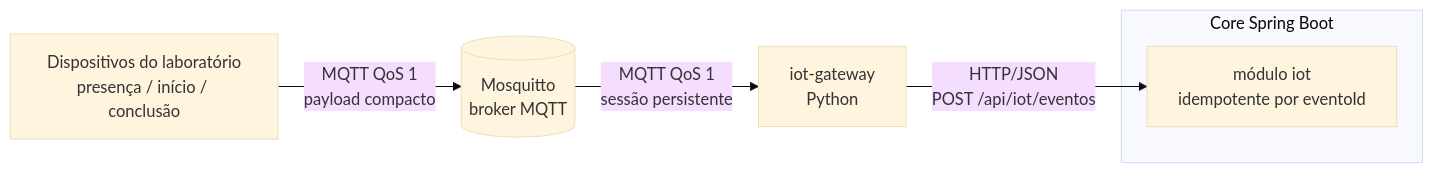
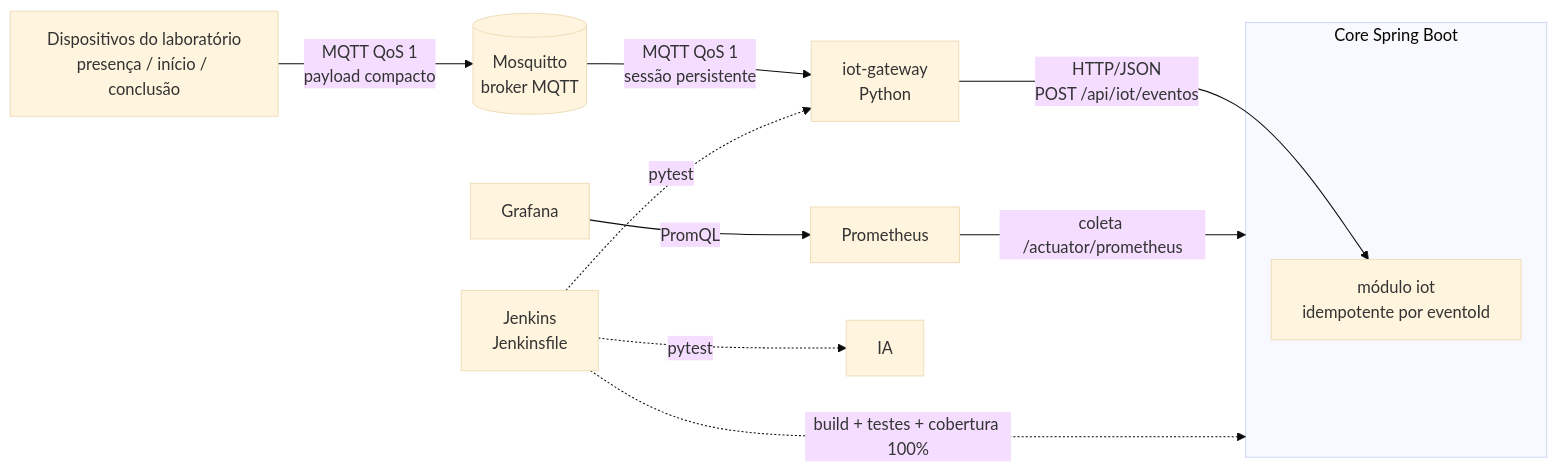
Before and after one commit to FernandaCasali/Grupo_4_GameEducator: the sixth of 10 diagrams in docs/arquitetura/README.md, drawn with Mermaid (base theme). The commit also changed other lines of this file and 1 other file, not shown here.

````diff
--- a/docs/arquitetura/README.md
+++ b/docs/arquitetura/README.md
@@ -603,12 +607,17 @@
 ```mermaid
 flowchart LR
     DISP[Dispositivos do laboratório<br/>presença / início / conclusão]
     BROKER[(Mosquitto<br/>broker MQTT)]
     GW[iot-gateway<br/>Python]
     subgraph CORE[Core Spring Boot]
         IOT[módulo iot<br/>idempotente por eventoId]
     end
     DISP -- "MQTT QoS 1<br/>payload compacto" --> BROKER
     BROKER -- "MQTT QoS 1<br/>sessão persistente" --> GW
     GW -- "HTTP/JSON<br/>POST /api/iot/eventos" --> IOT
+    PROM[Prometheus] -->|coleta /actuator/prometheus| CORE
+    GRAF[Grafana] -->|PromQL| PROM
+    JEN[Jenkins<br/>Jenkinsfile] -.->|build + testes + cobertura 100%| CORE
+    JEN -.->|pytest| IA
+    JEN -.->|pytest| GW
 ```
````
